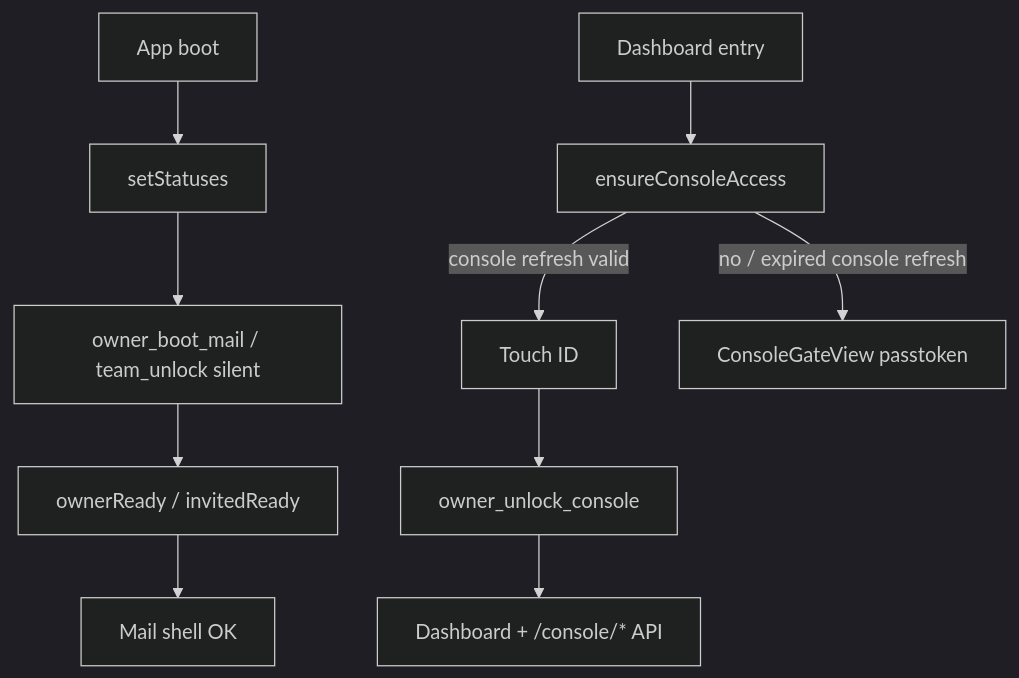
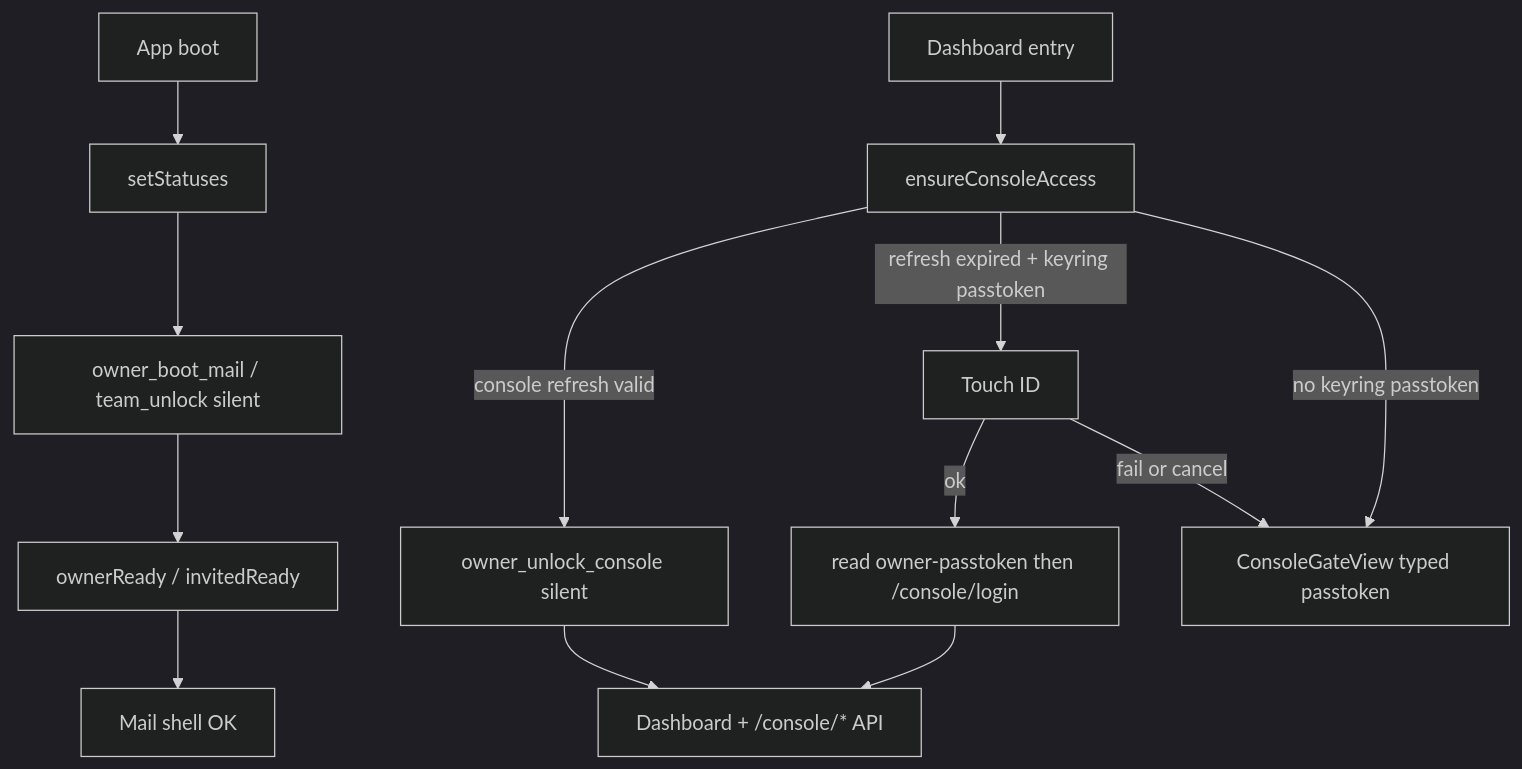
The second of 2 diagrams in docs/authentication.md (gssisaac/relaybase), drawn with Mermaid (dark theme) before and after one commit. The commit also changed other lines of this file and 25 other files, not shown here.

First line of the commit message:
Store the owner passtoken in the keyring so Touch ID only gates that read.

````diff
--- a/docs/authentication.md
+++ b/docs/authentication.md
@@ -120,13 +197,16 @@
 ```mermaid
 flowchart TB
   Boot[App boot] --> Status[setStatuses]
   Status --> MailBoot[owner_boot_mail / team_unlock silent]
   MailBoot --> MailReady[ownerReady / invitedReady]
   MailReady --> MailRoutes[Mail shell OK]
 
   DashEntry[Dashboard entry] --> Ensure[ensureConsoleAccess]
-  Ensure -->|console refresh valid| Bio[Touch ID]
-  Bio --> ConsoleUnlock[owner_unlock_console]
+  Ensure -->|console refresh valid| ConsoleUnlock[owner_unlock_console silent]
   ConsoleUnlock --> DashReady[Dashboard + /console/* API]
-  Ensure -->|no / expired console refresh| Passtoken[ConsoleGateView passtoken]
+  Ensure -->|refresh expired + keyring passtoken| Bio[Touch ID]
+  Bio -->|ok| KeyringLogin[read owner-passtoken then /console/login]
+  KeyringLogin --> DashReady
+  Bio -->|fail or cancel| Typed[ConsoleGateView typed passtoken]
+  Ensure -->|no keyring passtoken| Typed
 ```
````
